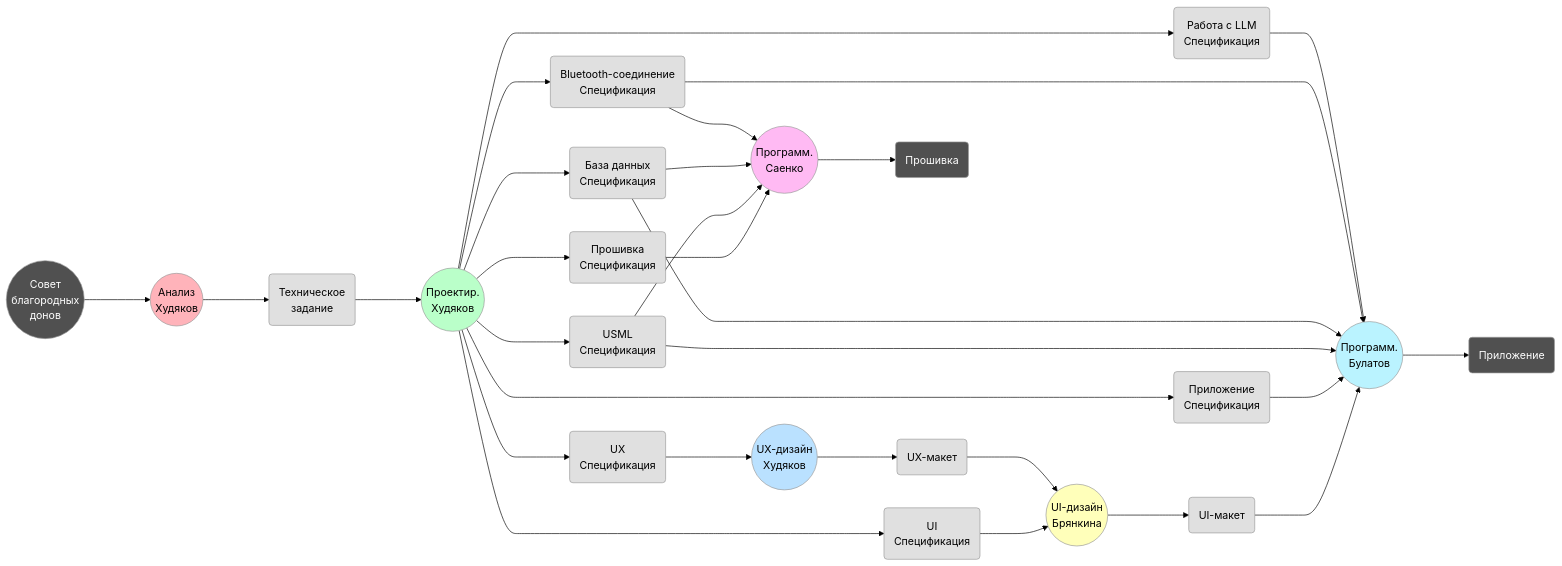
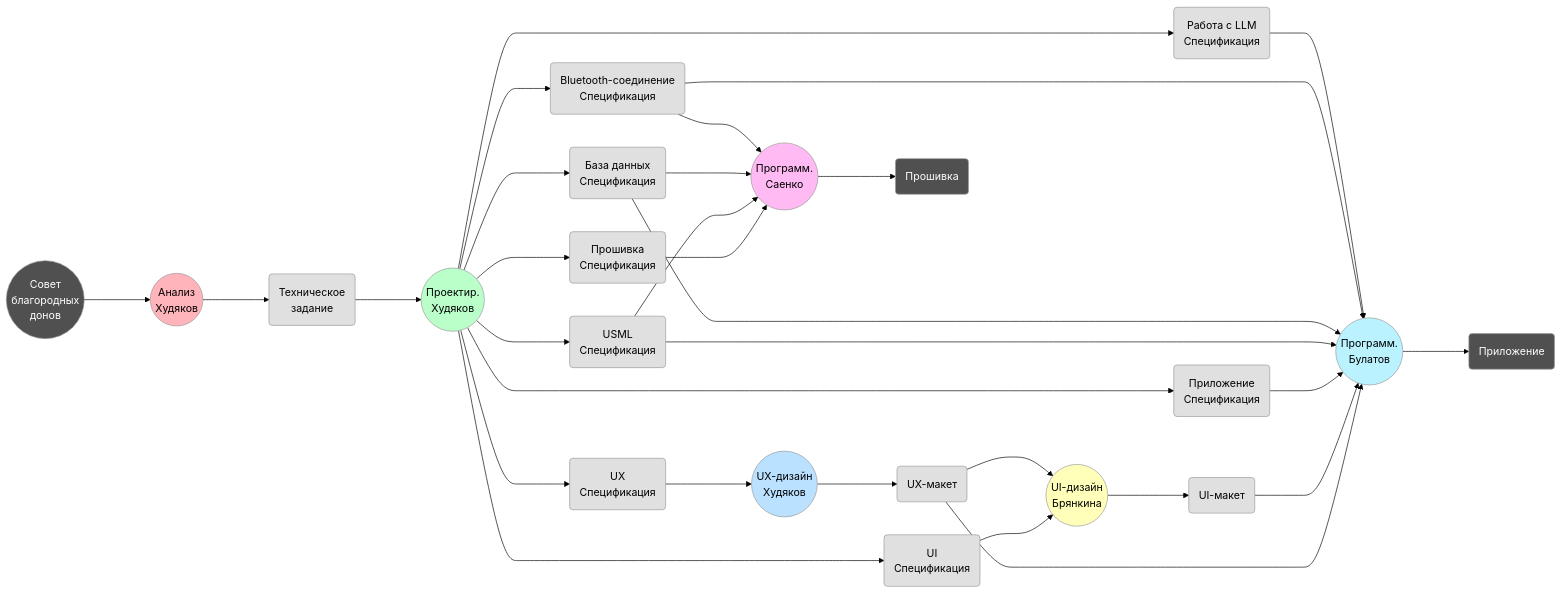
Before and after one commit to KhudyakovAlex/Synapse: the diagram in Project/process.md, drawn with Mermaid (forest theme). The commit also changed 4 other files, not shown here.

Commit message:
Update process diagram on main page from Project/process.md changes

```diff
--- a/Project/process.md
+++ b/Project/process.md
@@ -51,6 +51,7 @@
     UIUX ---> UIUID
     UIUID ---> UIUI
 
+    UIUX ---> APPD
     UIUI ---> APPD
     DSAPP ---> APPD
     DSP ---> APPD
```
